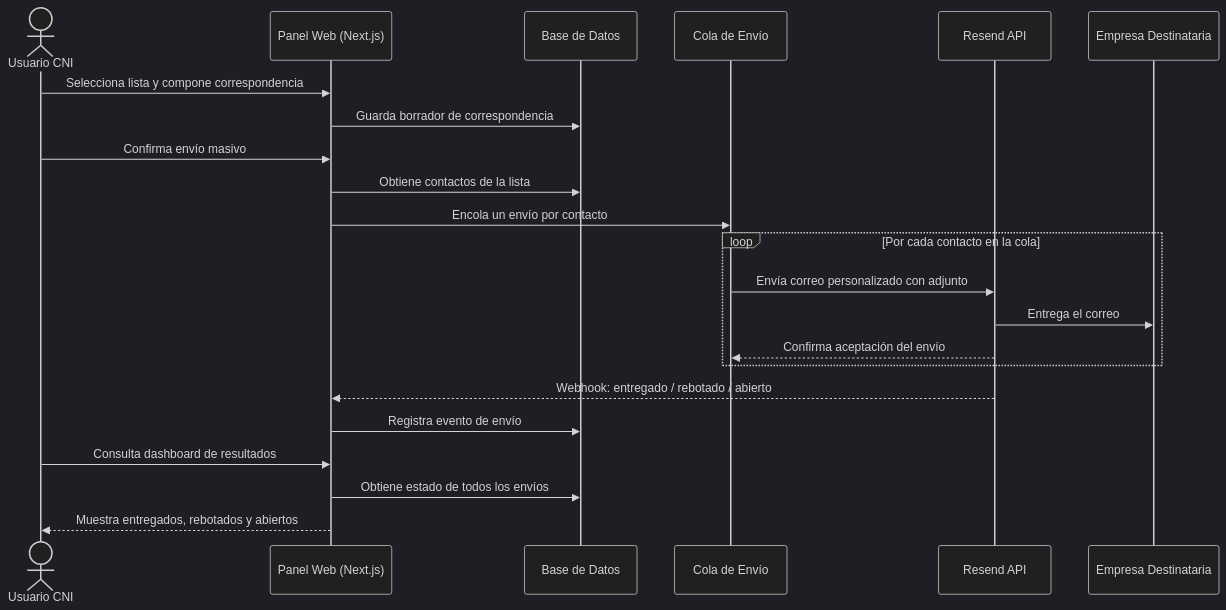
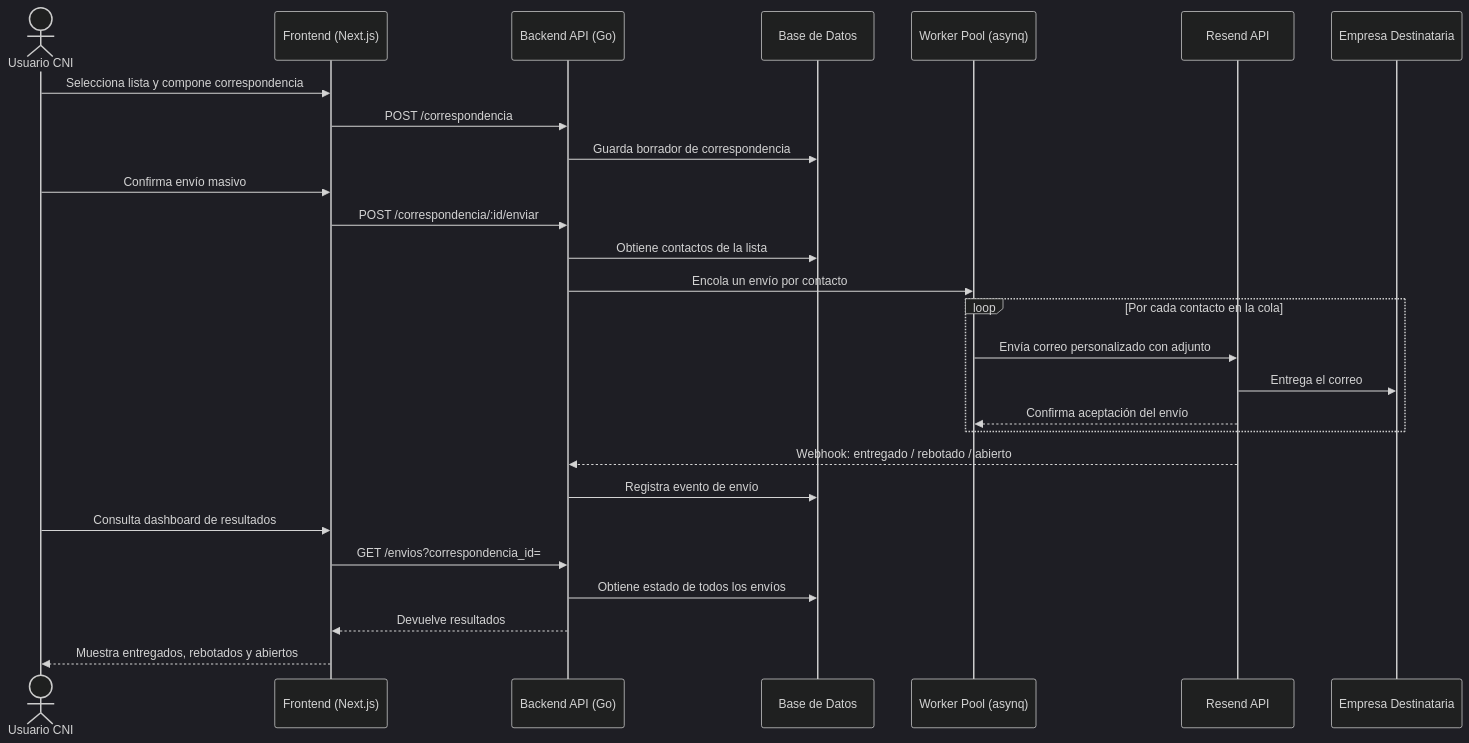
Before and after one commit to Jose27luis/Correspondencia-CNI: the third of 5 diagrams in README.md, drawn with Mermaid (dark theme). The commit also changed other lines of this file, not shown here.

Commit message:
docs: cambiamos el stack a monolito modular con go y next

````diff
--- a/README.md
+++ b/README.md
@@ -192,25 +212,30 @@
 ```mermaid
 sequenceDiagram
     actor U as Usuario CNI
-    participant P as Panel Web (Next.js)
+    participant F as Frontend (Next.js)
+    participant A as Backend API (Go)
     participant DB as Base de Datos
-    participant Q as Cola de Envío
+    participant W as Worker Pool (asynq)
     participant R as Resend API
     participant E as Empresa Destinataria
 
-    U->>P: Selecciona lista y compone correspondencia
-    P->>DB: Guarda borrador de correspondencia
-    U->>P: Confirma envío masivo
-    P->>DB: Obtiene contactos de la lista
-    P->>Q: Encola un envío por contacto
+    U->>F: Selecciona lista y compone correspondencia
+    F->>A: POST /correspondencia
+    A->>DB: Guarda borrador de correspondencia
+    U->>F: Confirma envío masivo
+    F->>A: POST /correspondencia/:id/enviar
+    A->>DB: Obtiene contactos de la lista
+    A->>W: Encola un envío por contacto
     loop Por cada contacto en la cola
-        Q->>R: Envía correo personalizado con adjunto
+        W->>R: Envía correo personalizado con adjunto
         R->>E: Entrega el correo
-        R-->>Q: Confirma aceptación del envío
+        R-->>W: Confirma aceptación del envío
     end
-    R-->>P: Webhook: entregado / rebotado / abierto
-    P->>DB: Registra evento de envío
-    U->>P: Consulta dashboard de resultados
-    P->>DB: Obtiene estado de todos los envíos
-    P-->>U: Muestra entregados, rebotados y abiertos
+    R-->>A: Webhook: entregado / rebotado / abierto
+    A->>DB: Registra evento de envío
+    U->>F: Consulta dashboard de resultados
+    F->>A: GET /envios?correspondencia_id=
+    A->>DB: Obtiene estado de todos los envíos
+    A-->>F: Devuelve resultados
+    F-->>U: Muestra entregados, rebotados y abiertos
 ```
````
